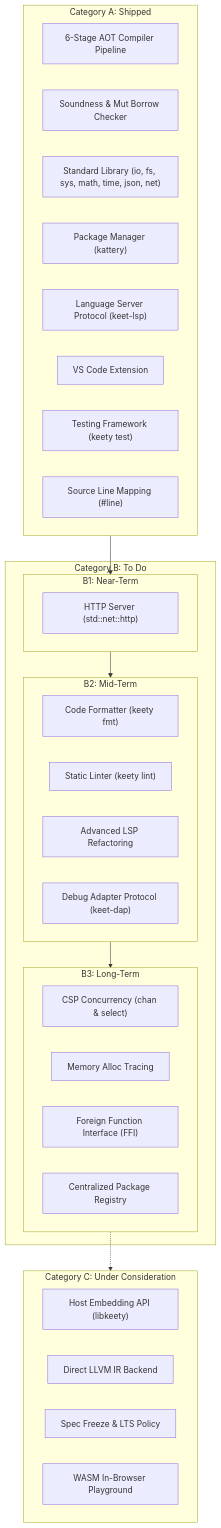
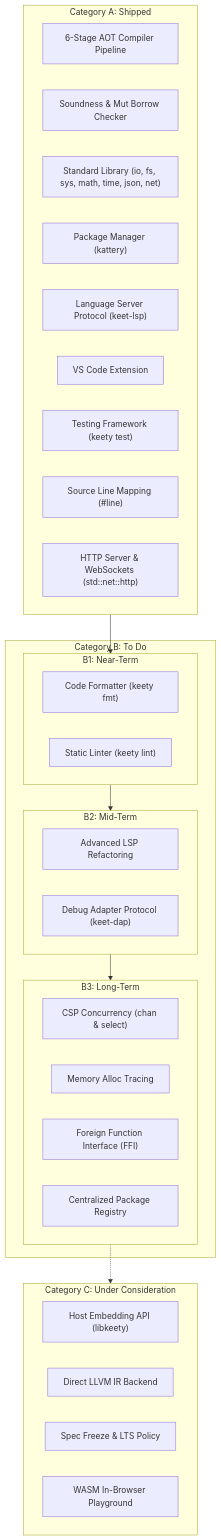
One commit to paweljjar/keety changed the diagram in ROADMAP.md. Above: the diagram before and after it, drawn with Mermaid. The commit also changed other lines of this file and 69 other files, not shown here.

````diff
--- a/ROADMAP.md
+++ b/ROADMAP.md
@@ -17,40 +17,40 @@
 ```mermaid
 flowchart TD
     subgraph A["Category A: Shipped"]
         A1["6-Stage AOT Compiler Pipeline"]
         A2["Soundness & Mut Borrow Checker"]
         A3["Standard Library (io, fs, sys, math, time, json, net)"]
         A4["Package Manager (kattery)"]
         A5["Language Server Protocol (keet-lsp)"]
         A6["VS Code Extension"]
         A7["Testing Framework (keety test)"]
         A8["Source Line Mapping (#line)"]
+        A9["HTTP Server & WebSockets (std::net::http)"]
     end
 
     subgraph B["Category B: To Do"]
         subgraph B1["B1: Near-Term"]
-            B1_1["HTTP Server (std::net::http)"]
+            B1_1["Code Formatter (keety fmt)"]
+            B1_2["Static Linter (keety lint)"]
         end
         subgraph B2["B2: Mid-Term"]
-            B2_1["Code Formatter (keety fmt)"]
-            B2_2["Static Linter (keety lint)"]
-            B2_3["Advanced LSP Refactoring"]
-            B2_4["Debug Adapter Protocol (keet-dap)"]
+            B2_1["Advanced LSP Refactoring"]
+            B2_2["Debug Adapter Protocol (keet-dap)"]
         end
         subgraph B3["B3: Long-Term"]
             B3_1["CSP Concurrency (chan & select)"]
             B3_2["Memory Alloc Tracing"]
             B3_3["Foreign Function Interface (FFI)"]
             B3_4["Centralized Package Registry"]
         end
     end
 
     subgraph C["Category C: Under Consideration"]
         C1["Host Embedding API (libkeety)"]
         C2["Direct LLVM IR Backend"]
         C3["Spec Freeze & LTS Policy"]
         C4["WASM In-Browser Playground"]
     end
 
     A --> B1 --> B2 --> B3 -.-> C
 ```
````
